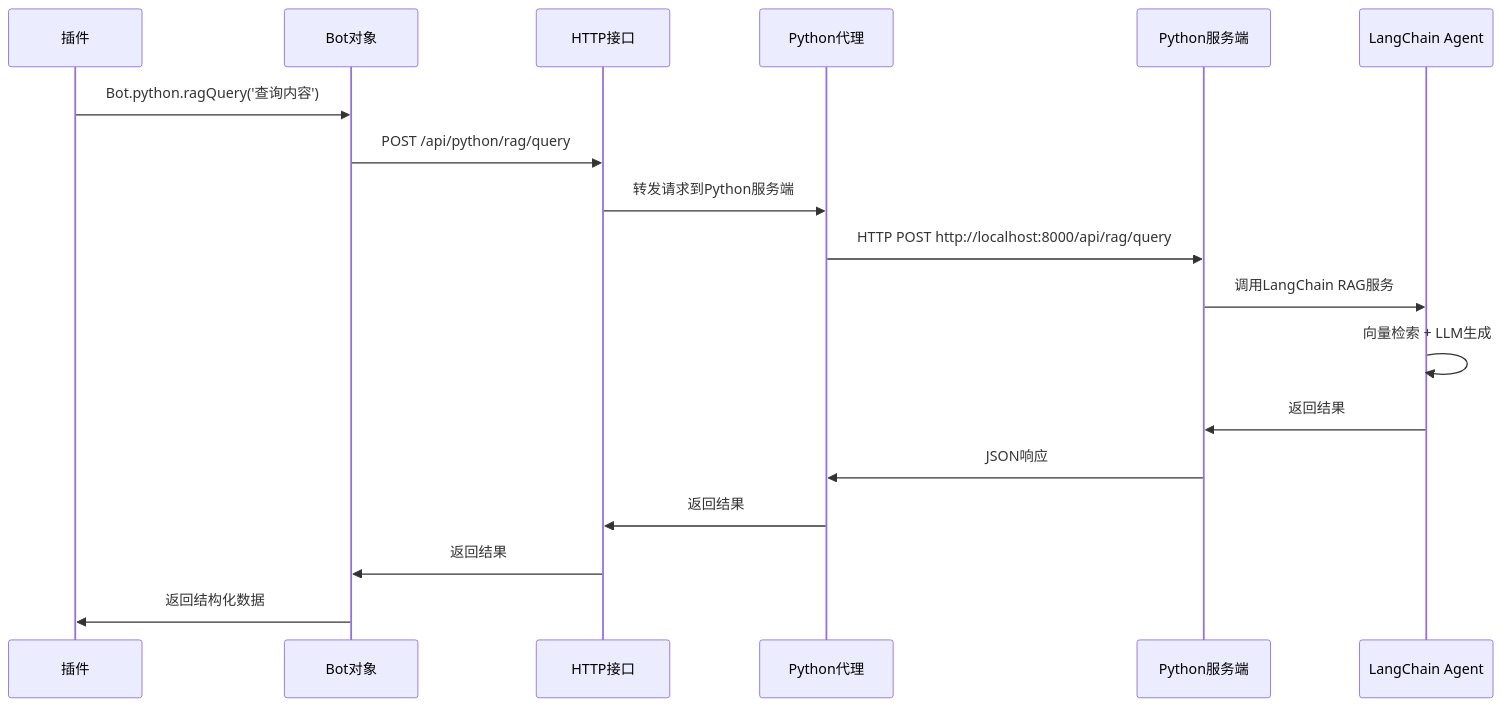
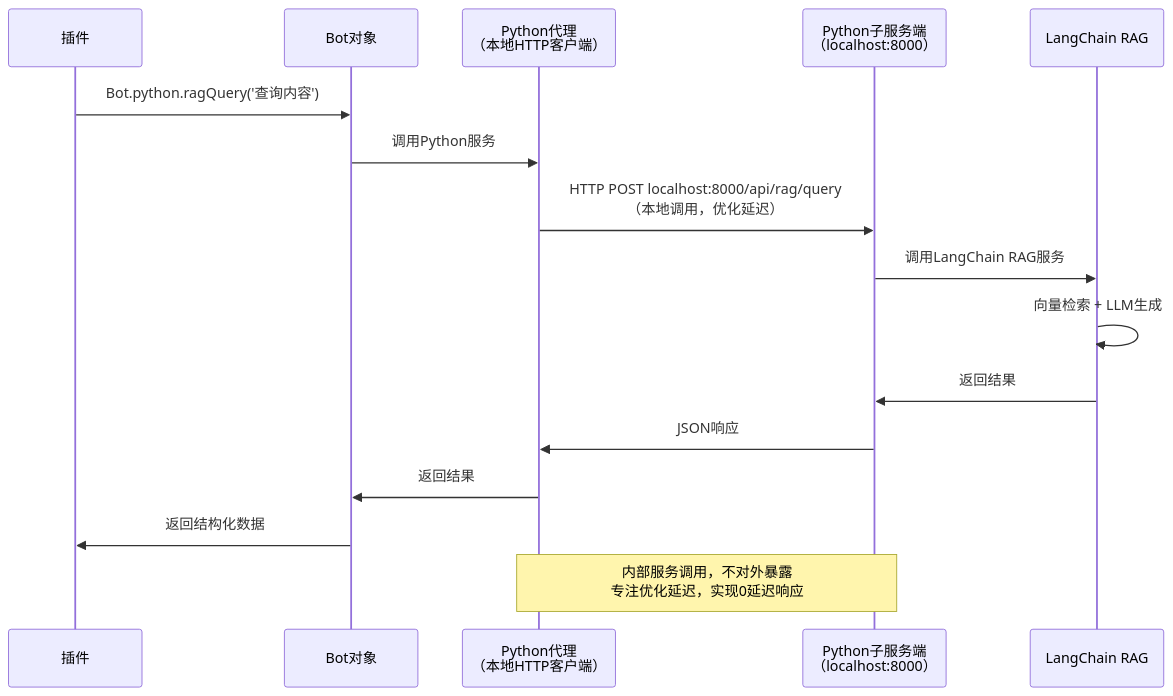
One commit to sunflowermm/XRK-AGT changed the second of 7 diagrams in docs/future-architecture-2025.md. Above: the diagram before and after it, drawn with Mermaid. The commit also changed other lines of this file, not shown here.

````diff
--- a/docs/future-architecture-2025.md
+++ b/docs/future-architecture-2025.md
@@ -84,21 +84,20 @@
 ```mermaid
 sequenceDiagram
     participant Plugin as 插件
     participant Bot as Bot对象
-    participant API as HTTP接口
-    participant Proxy as Python代理
-    participant Python as Python服务端
-    participant LangChain as LangChain Agent
+    participant Proxy as Python代理<br/>（本地HTTP客户端）
+    participant Python as Python子服务端<br/>（localhost:8000）
+    participant LangChain as LangChain RAG
     
     Plugin->>Bot: Bot.python.ragQuery('查询内容')
-    Bot->>API: POST /api/python/rag/query
-    API->>Proxy: 转发请求到Python服务端
-    Proxy->>Python: HTTP POST http://localhost:8000/api/rag/query
+    Bot->>Proxy: 调用Python服务
+    Proxy->>Python: HTTP POST localhost:8000/api/rag/query<br/>（本地调用，优化延迟）
     Python->>LangChain: 调用LangChain RAG服务
     LangChain->>LangChain: 向量检索 + LLM生成
     LangChain->>Python: 返回结果
     Python->>Proxy: JSON响应
-    Proxy->>API: 返回结果
-    API->>Bot: 返回结果
+    Proxy->>Bot: 返回结果
     Bot->>Plugin: 返回结构化数据
+    
+    Note over Proxy,Python: 内部服务调用，不对外暴露<br/>专注优化延迟，实现0延迟响应
 ```
````
